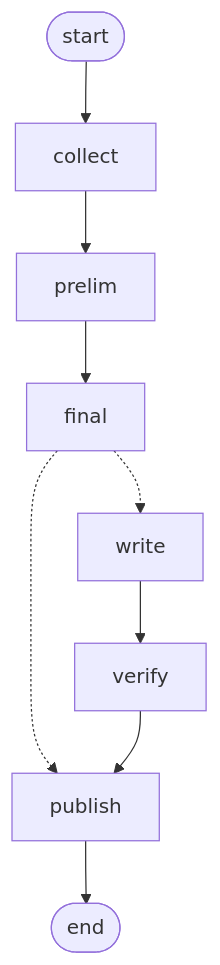
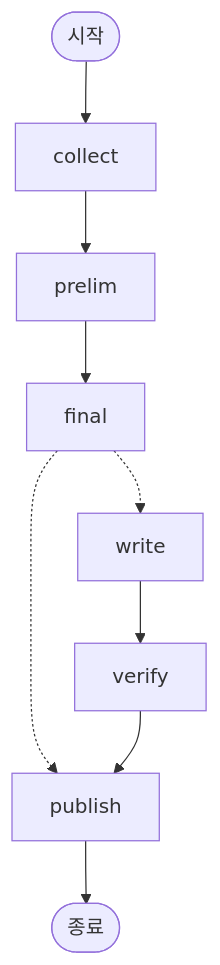
Before and after one commit to nike1137-svg/gov-support-newsletter: the second of 2 diagrams in REPORT.md, drawn with Mermaid.

Commit message:
REPORT: 뼈대 다이어그램의 예약어 end 때문에 GitHub 렌더링 실패 — 노드 이름을 한글로

````diff
--- a/REPORT.md
+++ b/REPORT.md
@@ -234,11 +234,11 @@
 ```mermaid
 graph TD;
-	__start__([start]) --> collect;
+	__start__([시작]) --> collect;
 	collect --> prelim;
 	prelim --> final;
 	final -.-> write;
 	final -.-> publish;
 	write --> verify;
 	verify --> publish;
-	publish --> __end__([end]);
+	publish --> __end__([종료]);
 ```
````
